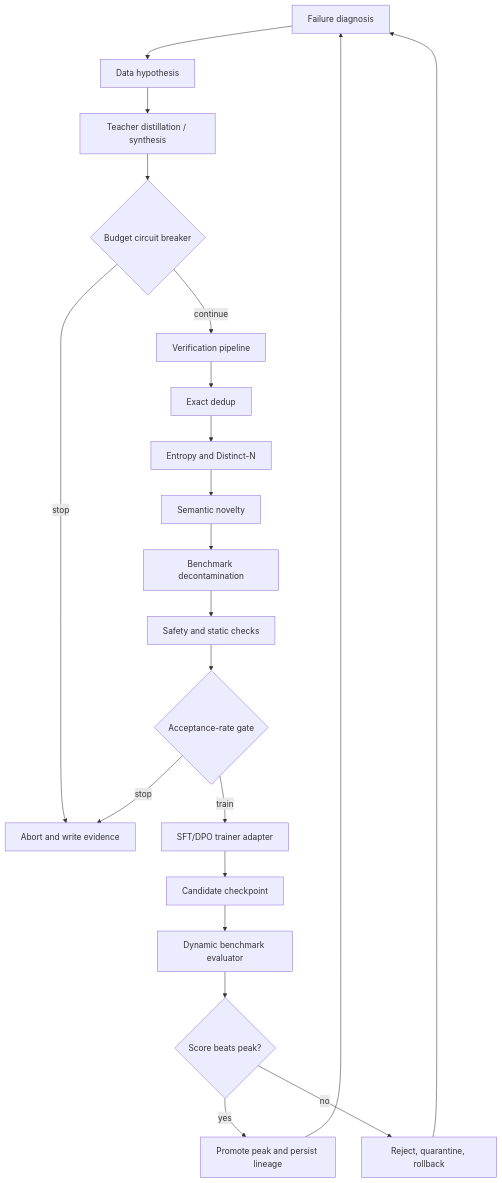
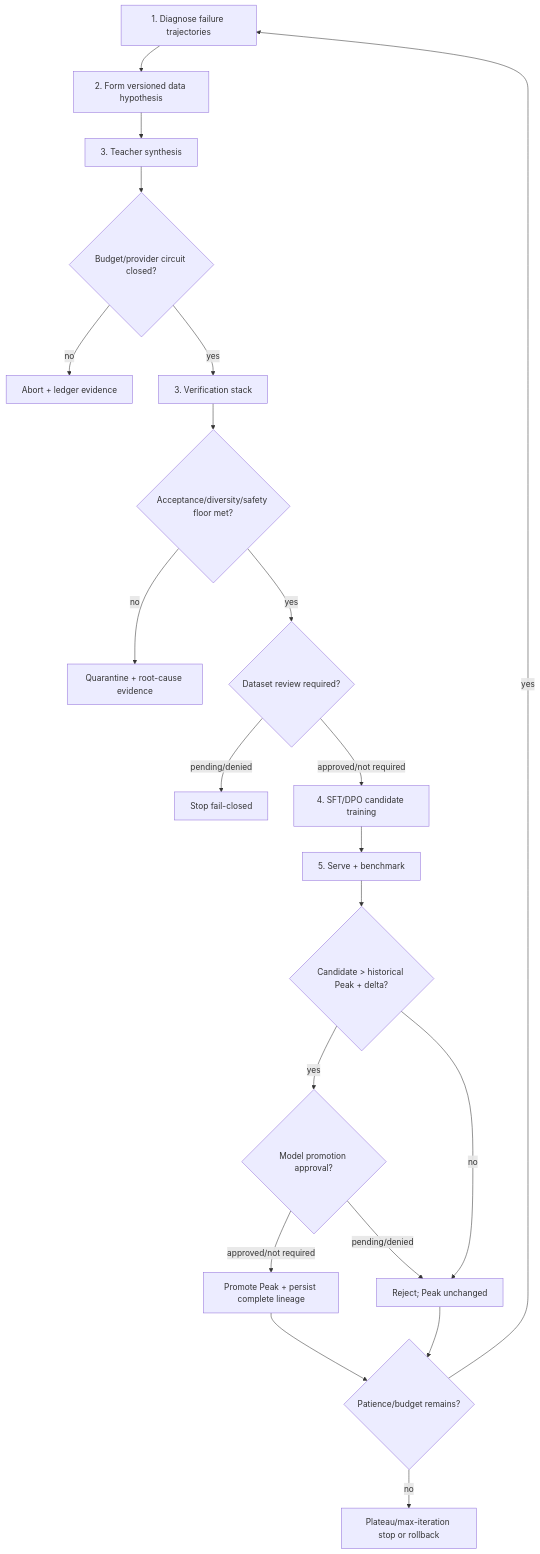
Before and after one commit to ed3c/post-training-rsi-pipeline: the second of 5 diagrams in README.md, drawn with Mermaid. The commit also changed other lines of this file, not shown here.

Commit message:
docs: map directory ownership state machines and data flow

````diff
--- a/README.md
+++ b/README.md
@@ -16,23 +89,23 @@
 ```mermaid
 flowchart TD
-    A[Failure diagnosis] --> B[Data hypothesis]
-    B --> C[Teacher distillation / synthesis]
-    C --> D{Budget circuit breaker}
-    D -- stop --> X[Abort and write evidence]
-    D -- continue --> E[Verification pipeline]
-    E --> E1[Exact dedup]
-    E1 --> E2[Entropy and Distinct-N]
-    E2 --> E3[Semantic novelty]
-    E3 --> E4[Benchmark decontamination]
-    E4 --> E5[Safety and static checks]
-    E5 --> F{Acceptance-rate gate}
-    F -- stop --> X
-    F -- train --> G[SFT/DPO trainer adapter]
-    G --> H[Candidate checkpoint]
-    H --> I[Dynamic benchmark evaluator]
-    I --> J{Score beats peak?}
-    J -- yes --> K[Promote peak and persist lineage]
-    J -- no --> L[Reject, quarantine, rollback]
-    K --> A
-    L --> A
+    D[1. Diagnose failure trajectories] --> H[2. Form versioned data hypothesis]
+    H --> S[3. Teacher synthesis]
+    S --> B{Budget/provider circuit closed?}
+    B -- no --> A[Abort + ledger evidence]
+    B -- yes --> V[3. Verification stack]
+    V --> F{Acceptance/diversity/safety floor met?}
+    F -- no --> Q[Quarantine + root-cause evidence]
+    F -- yes --> R{Dataset review required?}
+    R -- pending/denied --> X[Stop fail-closed]
+    R -- approved/not required --> T[4. SFT/DPO candidate training]
+    T --> E[5. Serve + benchmark]
+    E --> P{Candidate > historical Peak + delta?}
+    P -- yes --> M{Model promotion approval?}
+    M -- approved/not required --> K[Promote Peak + persist complete lineage]
+    M -- pending/denied --> J[Reject; Peak unchanged]
+    P -- no --> J
+    J --> C{Patience/budget remains?}
+    K --> C
+    C -- yes --> D
+    C -- no --> Z[Plateau/max-iteration stop or rollback]
 ```
````
